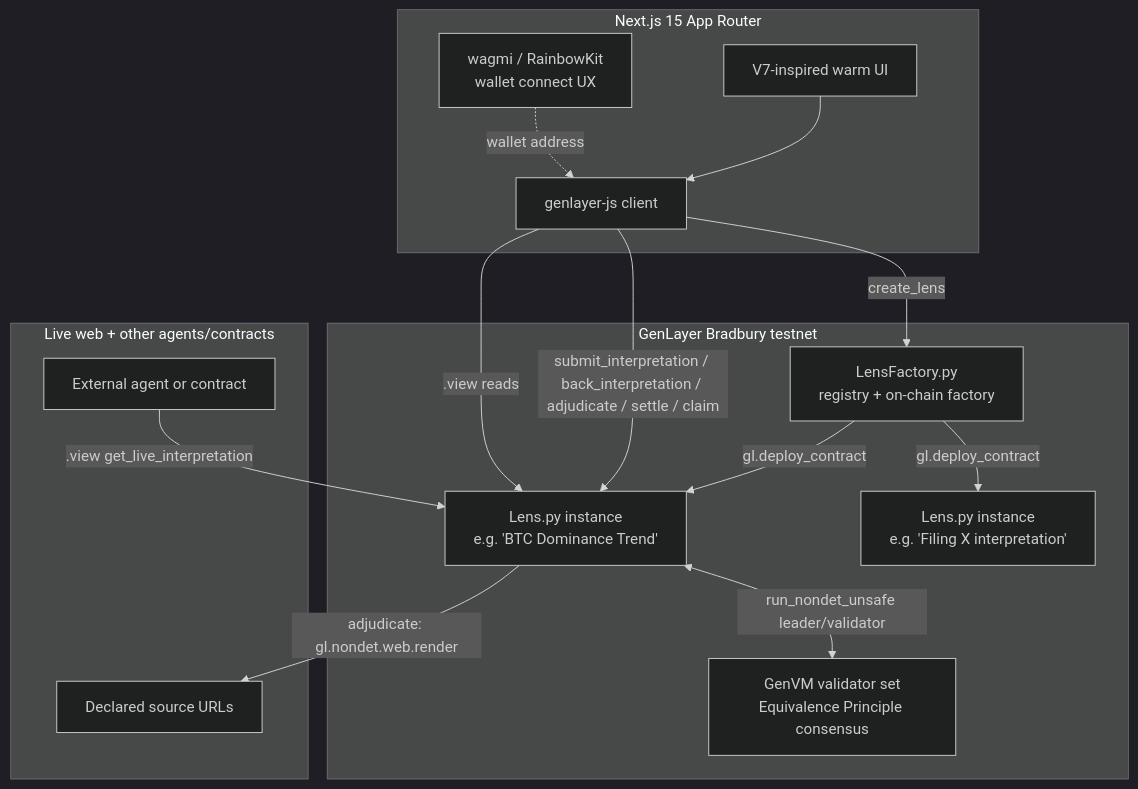
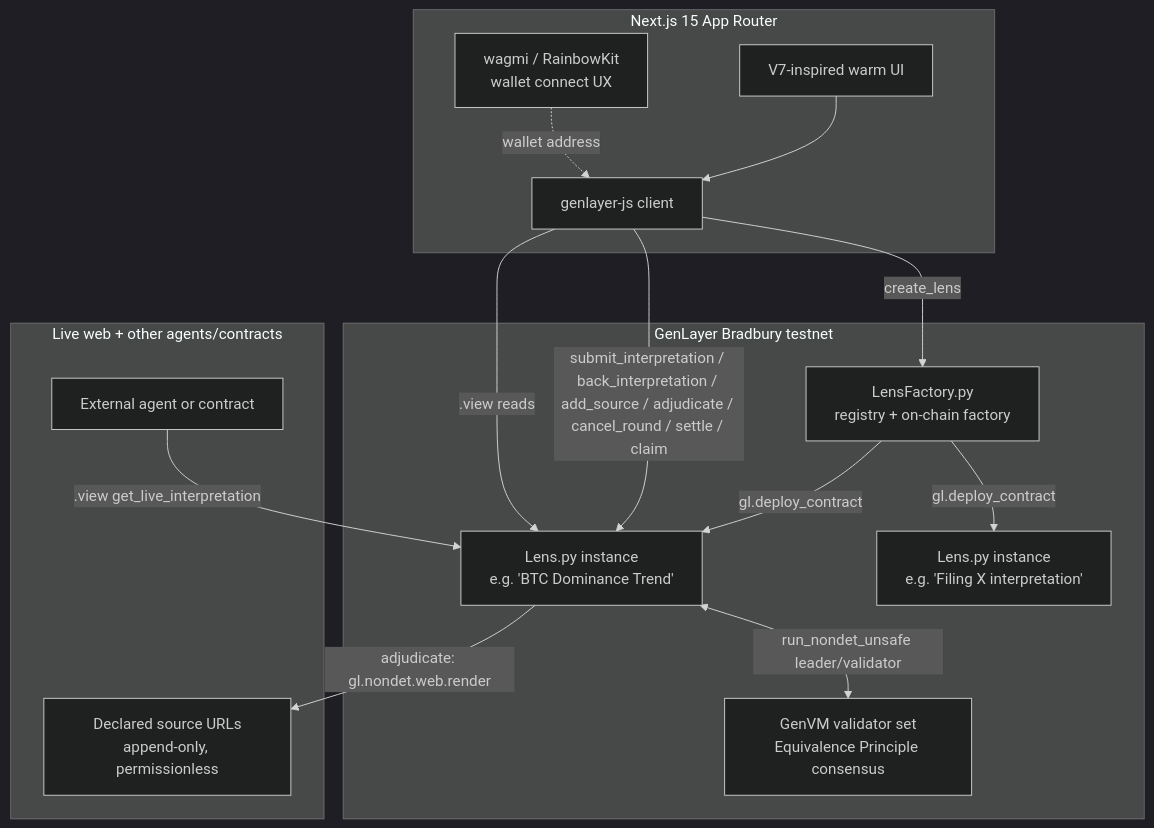
Before and after one commit to Fortune9thx/lens: the diagram in docs/ARCHITECTURE.md, drawn with Mermaid (dark theme). The commit also changed other lines of this file and 27 other files, not shown here.

````diff
--- a/docs/ARCHITECTURE.md
+++ b/docs/ARCHITECTURE.md
@@ -5,31 +5,31 @@
 ```mermaid
 flowchart TB
     subgraph Frontend["Next.js 15 App Router"]
         UI[V7-inspired warm UI]
         GLJS[genlayer-js client]
         WAGMI[wagmi / RainbowKit<br/>wallet connect UX]
     end
 
     subgraph GenLayer["GenLayer Bradbury testnet"]
         Factory[LensFactory.py<br/>registry + on-chain factory]
         LensA[Lens.py instance<br/>e.g. 'BTC Dominance Trend']
         LensB[Lens.py instance<br/>e.g. 'Filing X interpretation']
         Validators[GenVM validator set<br/>Equivalence Principle consensus]
     end
 
     subgraph External["Live web + other agents/contracts"]
-        Sources[Declared source URLs]
+        Sources[Declared source URLs<br/>append-only, permissionless]
         Agent[External agent or contract]
     end
 
     UI --> GLJS
     WAGMI -.wallet address.-> GLJS
     GLJS -->|create_lens| Factory
     Factory -->|gl.deploy_contract| LensA
     Factory -->|gl.deploy_contract| LensB
-    GLJS -->|submit_interpretation / back_interpretation / adjudicate / settle / claim| LensA
+    GLJS -->|submit_interpretation / back_interpretation / add_source / adjudicate / cancel_round / settle / claim| LensA
     GLJS -->|.view reads| LensA
     LensA -->|adjudicate: gl.nondet.web.render| Sources
     LensA <-->|run_nondet_unsafe leader/validator| Validators
     Agent -->|.view get_live_interpretation| LensA
 ```
````
